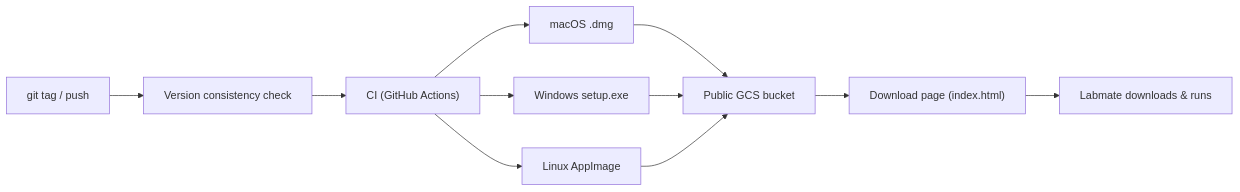
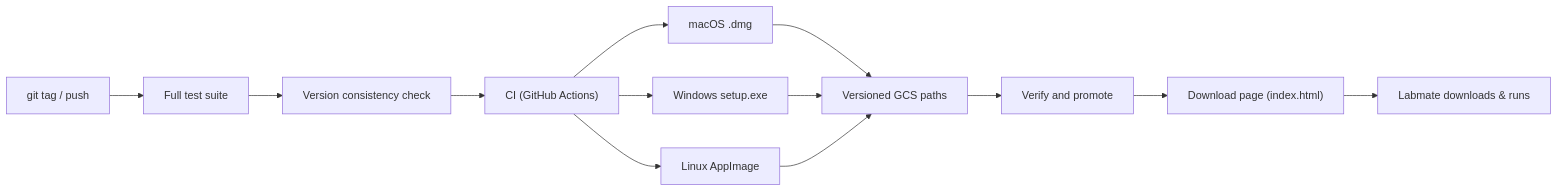
One commit to abachu2005/spine-hu-tool changed the diagram in packaging/README.md. Above: the diagram before and after it, drawn with Mermaid. The commit also changed other lines of this file and 25 other files, not shown here.

````diff
--- a/packaging/README.md
+++ b/packaging/README.md
@@ -67,13 +73,15 @@
 ```mermaid
 flowchart LR
-    tag["git tag / push"] --> check["Version consistency check"]
+    tag["git tag / push"] --> tests["Full test suite"]
+    tests --> check["Version consistency check"]
     check --> ci["CI (GitHub Actions)"]
     ci --> mac["macOS .dmg"]
     ci --> win["Windows setup.exe"]
     ci --> lin["Linux AppImage"]
-    mac --> gcs["Public GCS bucket"]
-    win --> gcs
-    lin --> gcs
-    gcs --> page["Download page (index.html)"]
+    mac --> versioned["Versioned GCS paths"]
+    win --> versioned
+    lin --> versioned
+    versioned --> promote["Verify and promote"]
+    promote --> page["Download page (index.html)"]
     page --> user["Labmate downloads & runs"]
 ```
````
